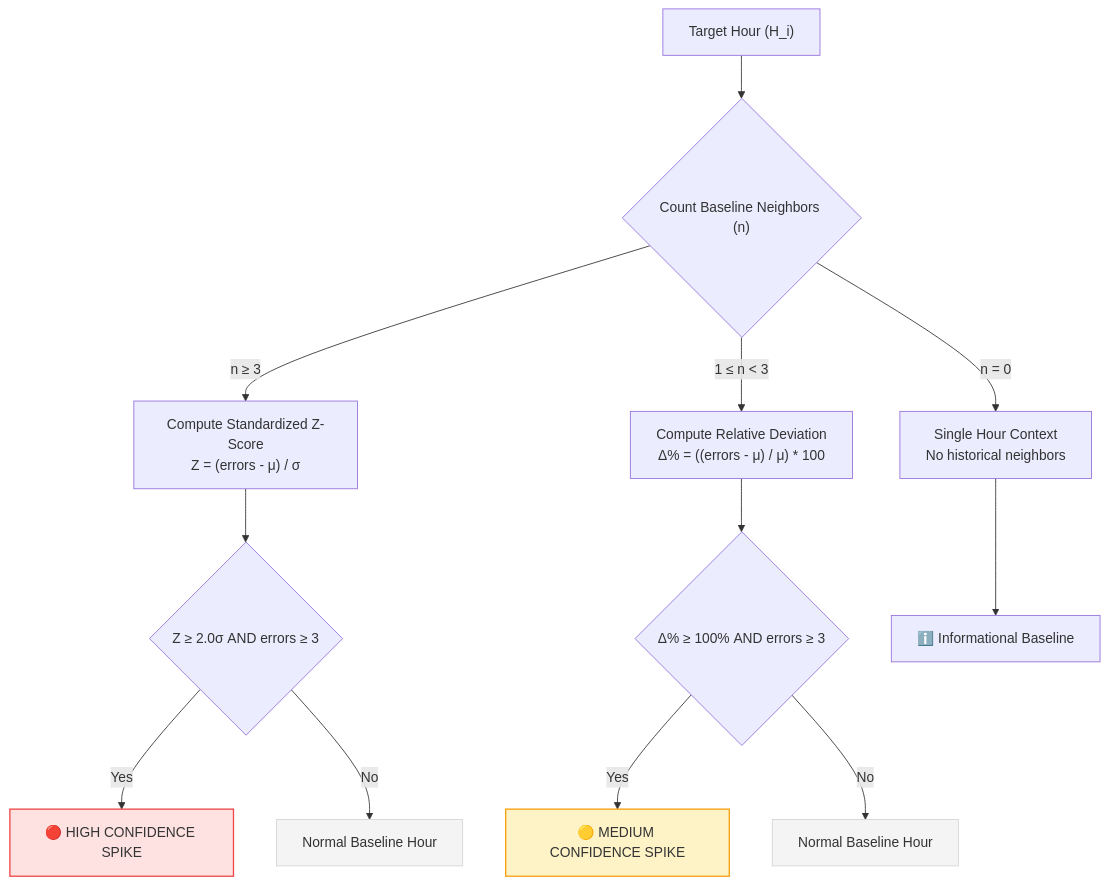
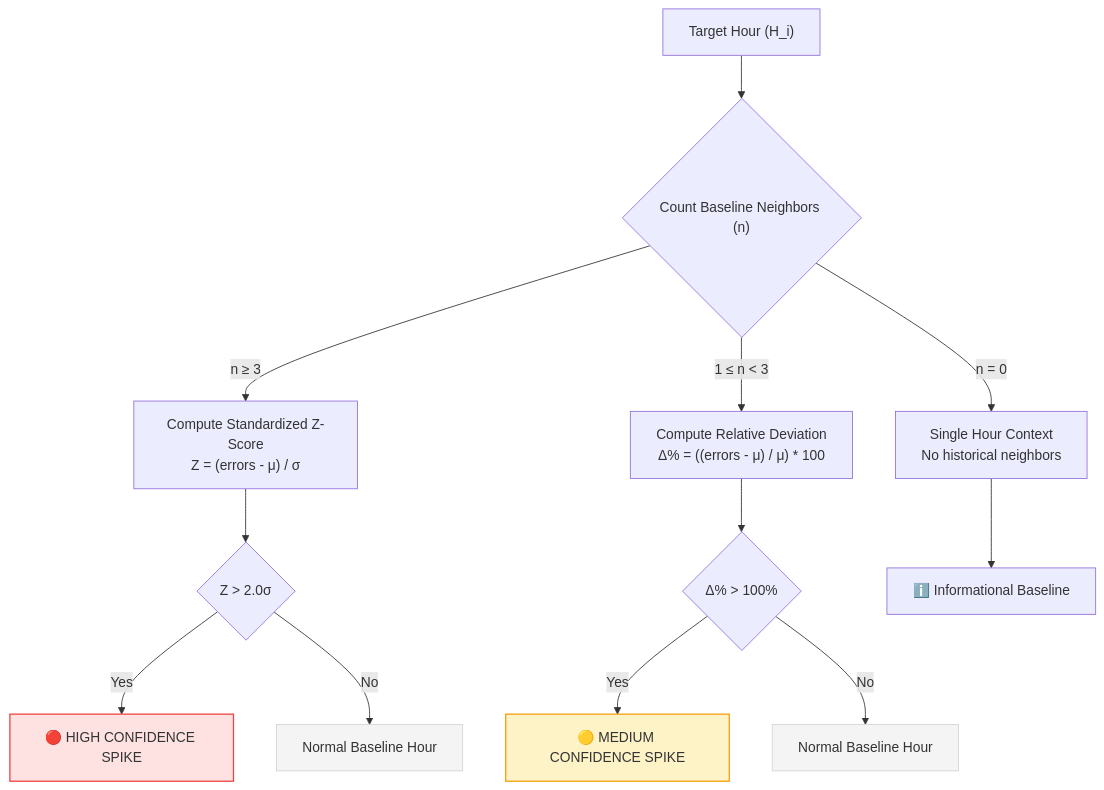
One commit to Kanneboinashivakumar/LogSense changed the second of 2 diagrams in README.md. Above: the diagram before and after it, drawn with Mermaid. The commit also changed other lines of this file and 4 other files, not shown here.

````diff
--- a/README.md
+++ b/README.md
@@ -117,23 +117,23 @@
 ```mermaid
 flowchart TD
     Start["Target Hour (H_i)"] --> Check{"Count Baseline Neighbors (n)"}
     
     Check -->|"n ≥ 3"| ZScore["Compute Standardized Z-Score<br/>Z = (errors - μ) / σ"]
     Check -->|"1 ≤ n < 3"| Dev["Compute Relative Deviation<br/>Δ% = ((errors - μ) / μ) * 100"]
     Check -->|"n = 0"| Single["Single Hour Context<br/>No historical neighbors"]
     
-    ZScore --> FlagZ{"Z ≥ 2.0σ AND errors ≥ 3"}
+    ZScore --> FlagZ{"Z > 2.0σ"}
     FlagZ -->|Yes| SpikeHigh["🔴 HIGH CONFIDENCE SPIKE"]
     FlagZ -->|No| Normal1["Normal Baseline Hour"]
     
-    Dev --> FlagDev{"Δ% ≥ 100% AND errors ≥ 3"}
+    Dev --> FlagDev{"Δ% > 100%"}
     FlagDev -->|Yes| SpikeMed["🟡 MEDIUM CONFIDENCE SPIKE"]
     FlagDev -->|No| Normal2["Normal Baseline Hour"]
     
     Single --> Info["ℹ️ Informational Baseline"]
 
     style SpikeHigh fill:#fee2e2,stroke:#ef4444,stroke-width:1.5px
     style SpikeMed fill:#fef3c7,stroke:#f59e0b,stroke-width:1.5px
     style Normal1 fill:#f4f4f5,stroke:#d4d4d8,stroke-width:1px
     style Normal2 fill:#f4f4f5,stroke:#d4d4d8,stroke-width:1px
 ```
````
